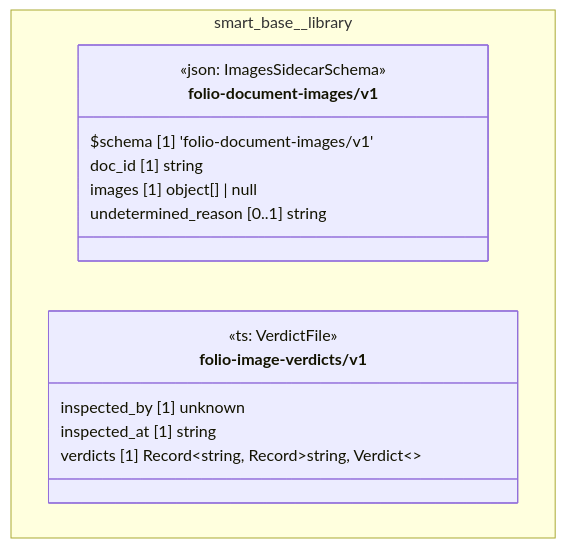
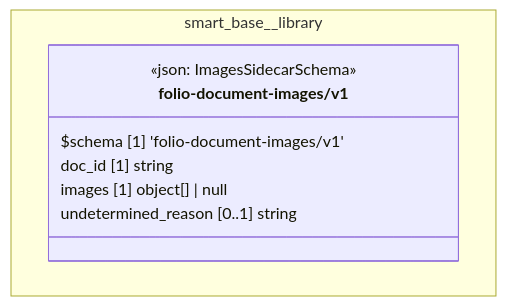
One commit to litlfred/folio-assistant changed the diagram in cat-harness/docs/uml/overview/smart-base/library.md. Above: the diagram before and after it, drawn with Mermaid. The commit also changed other lines of this file and 150 other files, not shown here.

First line of the commit message:
uml: draw only the $schema families a sub-graph actually holds

````diff
--- a/cat-harness/docs/uml/overview/smart-base/library.md
+++ b/cat-harness/docs/uml/overview/smart-base/library.md
@@ -12,21 +12,14 @@
 ```mermaid
 classDiagram
   direction TB
   namespace smart_base__library {
     class smart_base_library_folio_document_images_v1_folio_document_images_v1["folio-document-images/v1"] {
       <<json: ImagesSidecarSchema>>
       $schema [1] 'folio-document-images/v1'
       doc_id [1] string
       images [1] object[] | null
       undetermined_reason [0..1] string
     }
-    class smart_base_library_folio_image_verdicts_v1["folio-image-verdicts/v1"] {
-      <<ts: VerdictFile>>
-      inspected_by [1] unknown
-      inspected_at [1] string
-      verdicts [1] Record~string, Record~string, Verdict~~
-    }
   }
   cssClass "smart_base_library_folio_document_images_v1_folio_document_images_v1" fa_uml_kind_library
-  cssClass "smart_base_library_folio_image_verdicts_v1" fa_uml_kind_library
 ```
````
